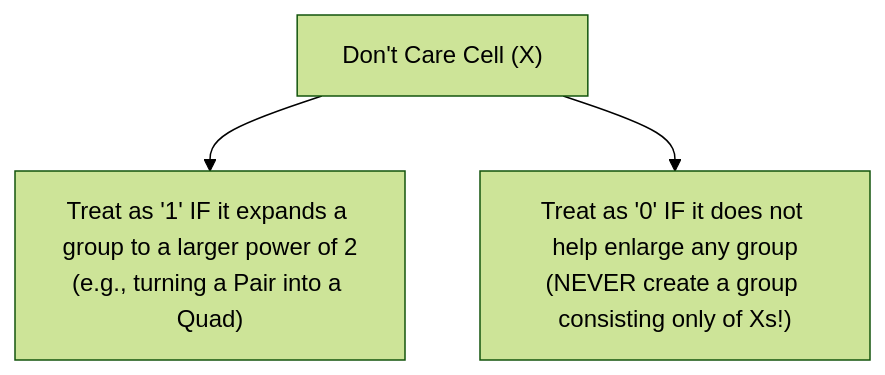
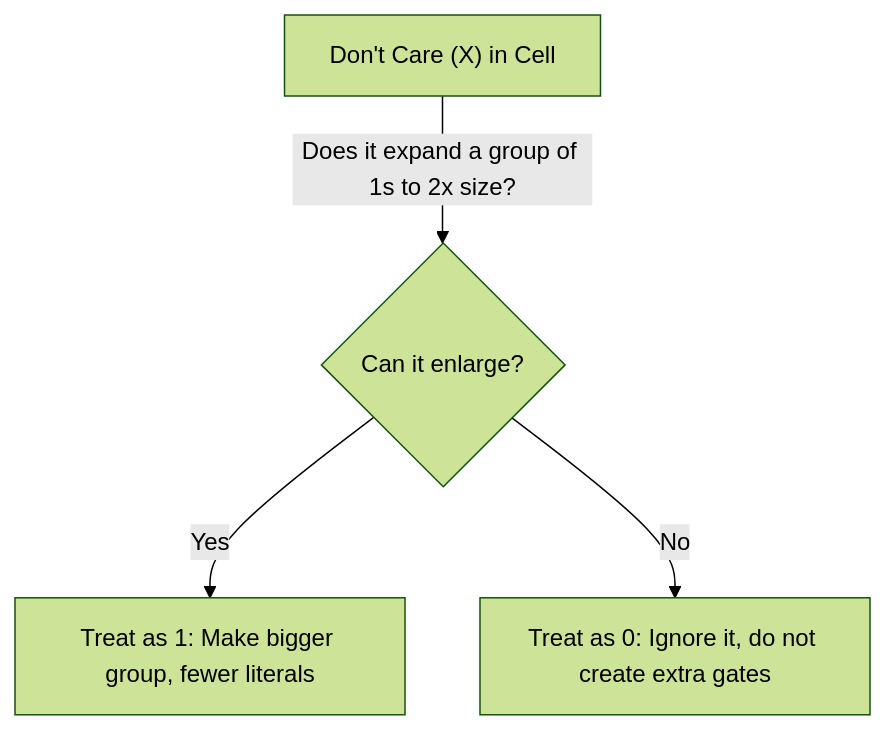
The third of 3 diagrams in DLCD/Unit 1/L03 - Karnaugh Map Minimization.md (YatishGowda09/Sem-3-CSE-Notes), drawn with Mermaid (forest theme) before and after one commit. The commit also changed other lines of this file and 64 other files, not shown here.

Commit message:
feat(dlcd): align DLCD curriculum strictly to UE25CS251A (SEM3-PESU) Harris & Harris MIPS architecture (24 lectures)

````diff
--- a/DLCD/Unit 1/L03 - Karnaugh Map Minimization.md
+++ b/DLCD/Unit 1/L03 - Karnaugh Map Minimization.md
@@ -144,5 +207,7 @@
 ```mermaid
 flowchart TD
-    DC["Don't Care Cell (X)"] --> TREAT1["Treat as '1' IF it expands a group to a larger power of 2<br/>(e.g., turning a Pair into a Quad)"]
-    DC --> TREAT0["Treat as '0' IF it does not help enlarge any group<br/>(NEVER create a group consisting only of Xs!)"]
+    X["Don't Care (X) in Cell"]
+    X -->|"Does it expand a group of 1s to 2x size?"| Check{Can it enlarge?}
+    Check -->|"Yes"| Treat1["Treat as 1: Make bigger group, fewer literals"]
+    Check -->|"No"| Treat0["Treat as 0: Ignore it, do not create extra gates"]
 ```
````
